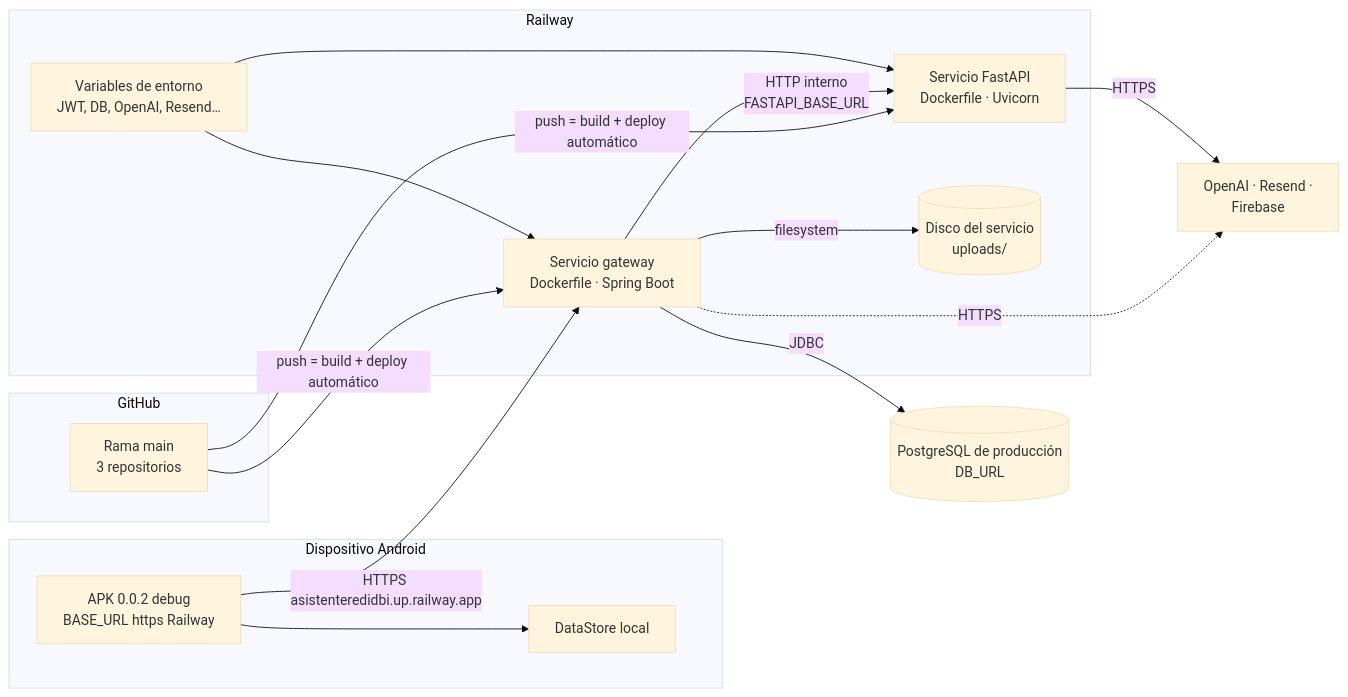
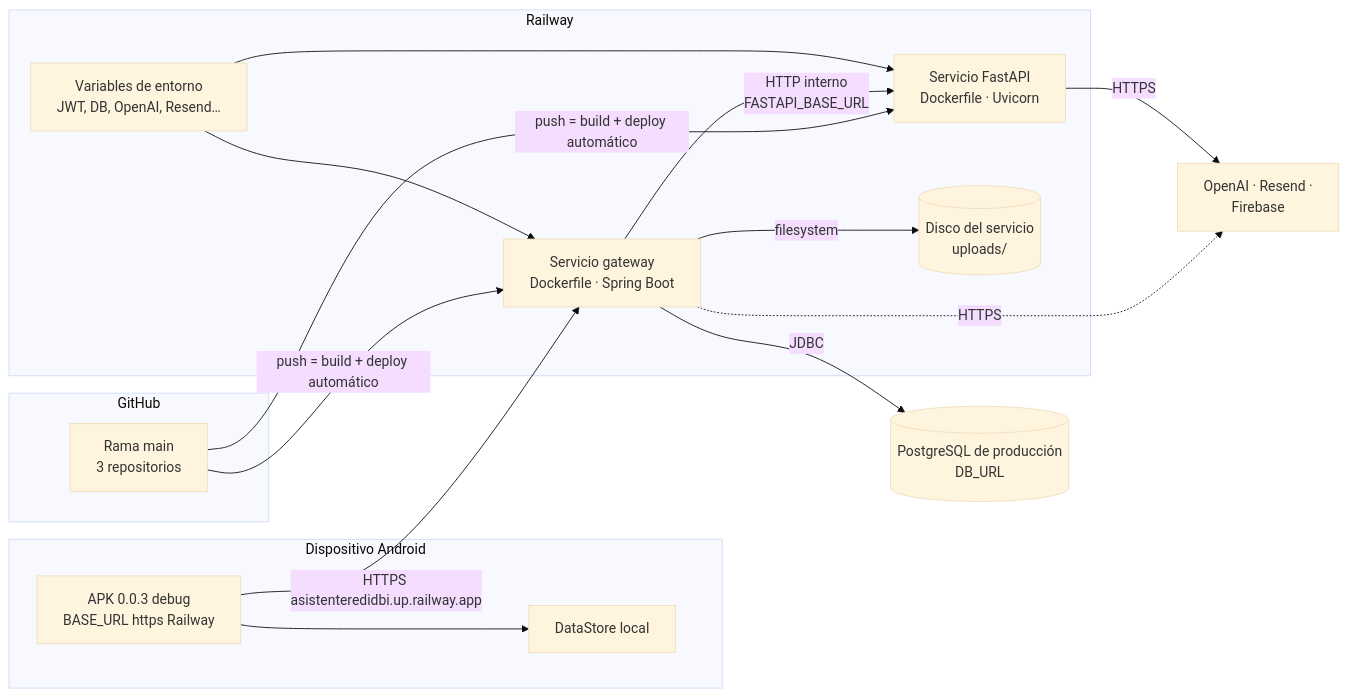
Before and after one commit to jagarell/AsistenteRedIDBI: the first of 2 diagrams in docs/architecture/deployment-architecture.md, drawn with Mermaid (base theme). The commit also changed other lines of this file and 12 other files, not shown here.

````diff
--- a/docs/architecture/deployment-architecture.md
+++ b/docs/architecture/deployment-architecture.md
@@ -7,33 +7,33 @@
 ```mermaid
 flowchart LR
     subgraph DEVICE[Dispositivo Android]
-        APK[APK 0.0.2 debug<br/>BASE_URL https Railway]
+        APK[APK 0.0.3 debug<br/>BASE_URL https Railway]
         STORE[DataStore local]
         APK --> STORE
     end
 
     subgraph GH[GitHub]
         MAIN[Rama main<br/>3 repositorios]
     end
 
     subgraph RW[Railway]
         GWS[Servicio gateway<br/>Dockerfile · Spring Boot]
         PYS[Servicio FastAPI<br/>Dockerfile · Uvicorn]
         VARS[Variables de entorno<br/>JWT, DB, OpenAI, Resend…]
         DISK[(Disco del servicio<br/>uploads/)]
         VARS --> GWS
         VARS --> PYS
         GWS -->|HTTP interno<br/>FASTAPI_BASE_URL| PYS
         GWS -->|filesystem| DISK
     end
 
     PG[(PostgreSQL de producción<br/>DB_URL)]
     EXT[OpenAI · Resend ·<br/>Firebase]
 
     MAIN -->|push = build + deploy automático| GWS
     MAIN -->|push = build + deploy automático| PYS
     APK -->|HTTPS asistenteredidbi.up.railway.app| GWS
     GWS -->|JDBC| PG
     PYS -->|HTTPS| EXT
     GWS -.->|HTTPS| EXT
 ```
````
